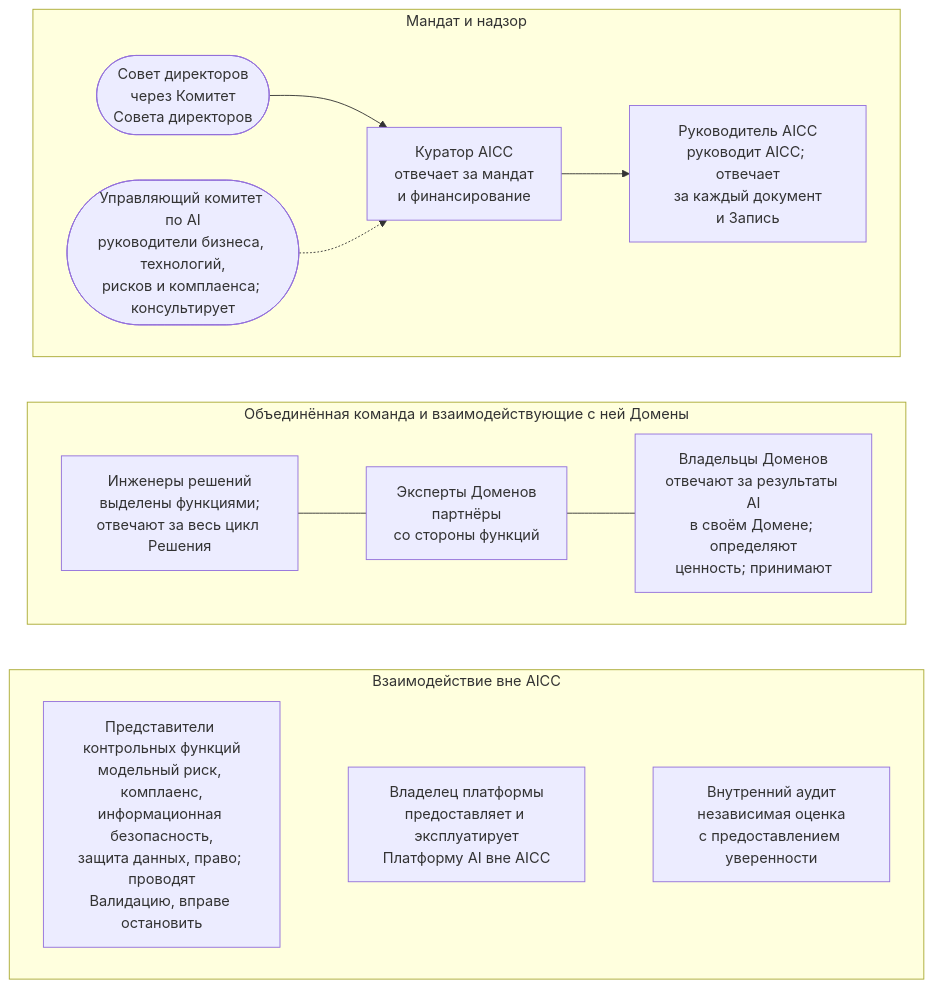
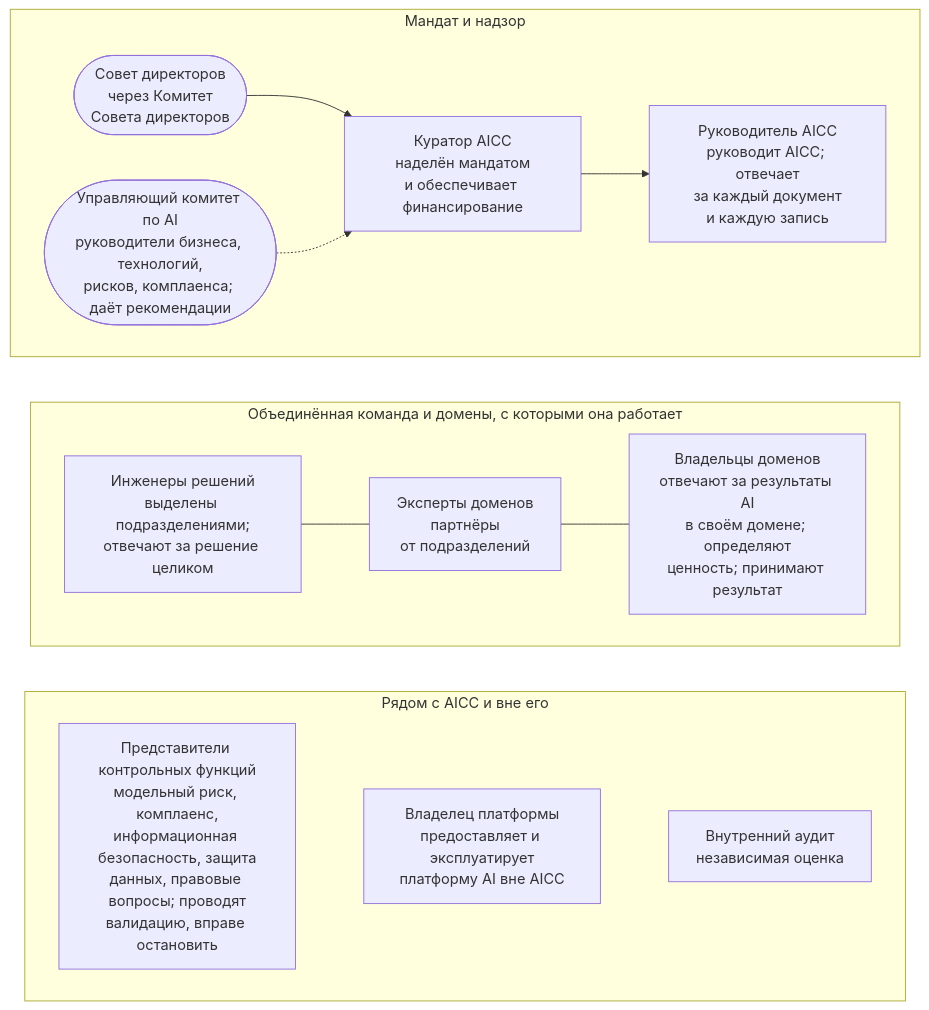
The diagram in portal/content/ru/organization/overview.md (devhogu/ob-aicc), drawn with Mermaid before and after one commit. The commit also changed other lines of this file and 18 other files, not shown here.

````diff
--- a/portal/content/ru/organization/overview.md
+++ b/portal/content/ru/organization/overview.md
@@ -13,20 +13,20 @@
 ```mermaid
 flowchart TB
   subgraph TOP["Мандат и надзор"]
     direction LR
-    B(["Совет директоров<br/>через Комитет<br/>Совета директоров"]) --> ES["Куратор AICC<br/>отвечает за мандат<br/>и финансирование"]
-    ES --> AL["Руководитель AICC<br/>руководит AICC; отвечает<br/>за каждый документ<br/>и Запись"]
-    SC(["Управляющий комитет по AI<br/>руководители бизнеса, технологий,<br/>рисков и комплаенса; консультирует"]) -.-> ES
+    B(["Совет директоров<br/>через Комитет<br/>Совета директоров"]) --> ES["Куратор AICC<br/>наделён мандатом<br/>и обеспечивает финансирование"]
+    ES --> AL["Руководитель AICC<br/>руководит AICC; отвечает<br/>за каждый документ<br/>и каждую запись"]
+    SC(["Управляющий комитет по AI<br/>руководители бизнеса, технологий,<br/>рисков, комплаенса; даёт рекомендации"]) -.-> ES
   end
-  subgraph MID["Объединённая команда и взаимодействующие с ней Домены"]
+  subgraph MID["Объединённая команда и домены, с которыми она работает"]
     direction LR
-    SE["Инженеры решений<br/>выделены функциями;<br/>отвечают за весь цикл Решения"] --- DE["Эксперты Доменов<br/>партнёры<br/>со стороны функций"]
-    DE --- DO["Владельцы Доменов<br/>отвечают за результаты AI<br/>в своём Домене; определяют<br/>ценность; принимают"]
+    SE["Инженеры решений<br/>выделены подразделениями;<br/>отвечают за решение целиком"] --- DE["Эксперты доменов<br/>партнёры<br/>от подразделений"]
+    DE --- DO["Владельцы доменов<br/>отвечают за результаты AI<br/>в своём домене; определяют<br/>ценность; принимают результат"]
   end
-  subgraph SIDE["Взаимодействие вне AICC"]
+  subgraph SIDE["Рядом с AICC и вне его"]
     direction LR
-    CF["Представители контрольных функций<br/>модельный риск, комплаенс,<br/>информационная безопасность,<br/>защита данных, право; проводят<br/>Валидацию, вправе остановить"] ~~~ PO["Владелец платформы<br/>предоставляет и эксплуатирует<br/>Платформу AI вне AICC"] ~~~ IA["Внутренний аудит<br/>независимая оценка<br/>с предоставлением уверенности"]
+    CF["Представители контрольных функций<br/>модельный риск, комплаенс,<br/>информационная безопасность, защита<br/>данных, правовые вопросы; проводят<br/>валидацию, вправе остановить"] ~~~ PO["Владелец платформы<br/>предоставляет и эксплуатирует<br/>платформу AI вне AICC"] ~~~ IA["Внутренний аудит<br/>независимая оценка"]
   end
   TOP ~~~ MID
   MID ~~~ SIDE
 ```
````
